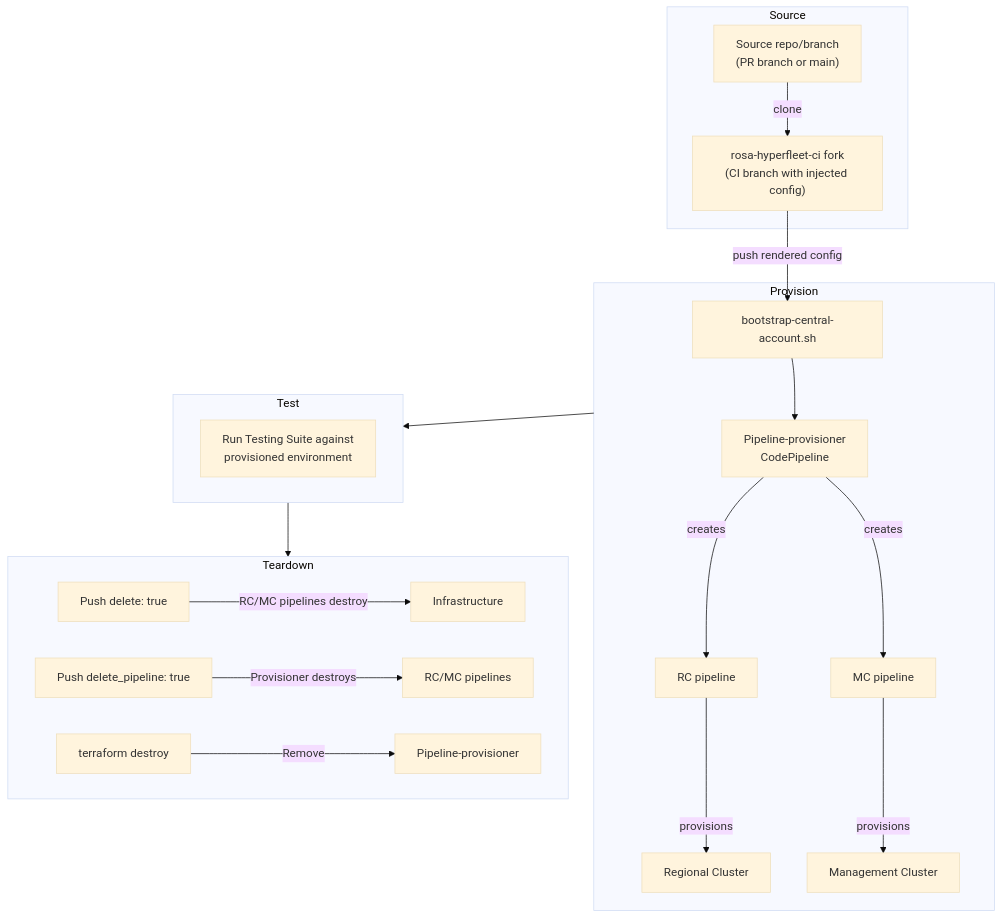
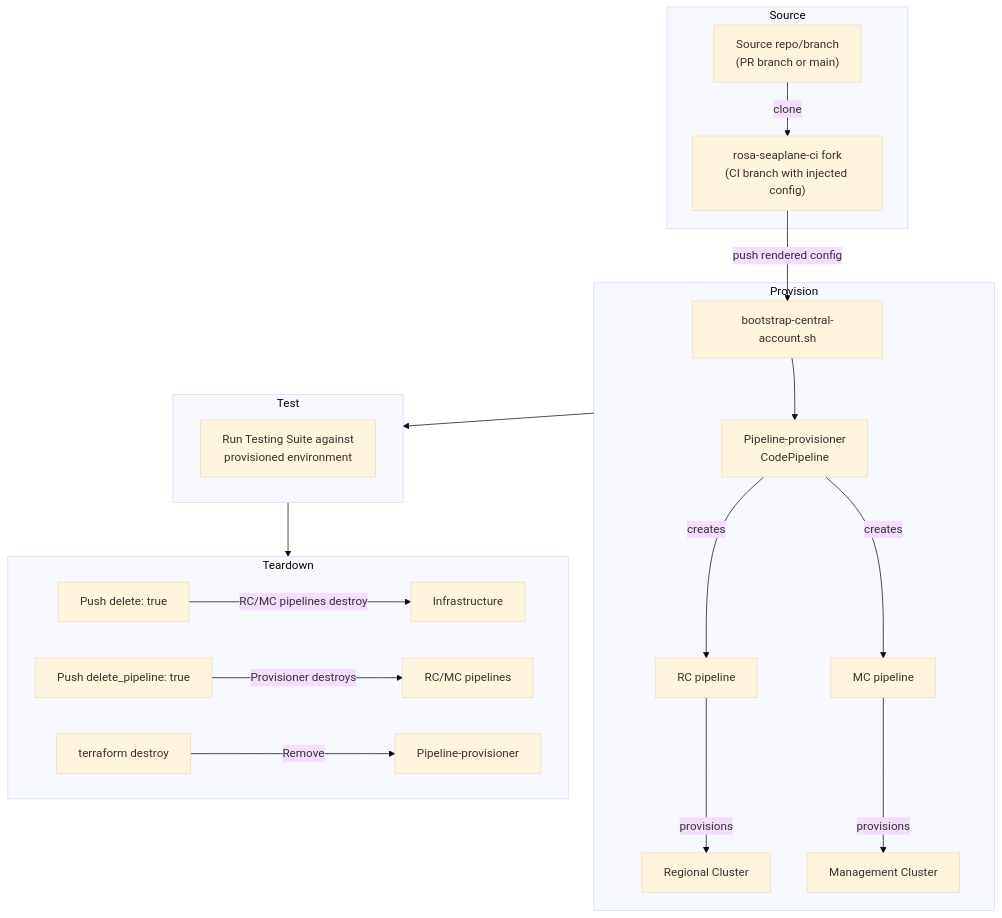
One commit to Alcamech/rosa-hyperfleet changed the fourth of 4 diagrams in docs/design/testing-strategy.md. Above: the diagram before and after it, drawn with Mermaid (base theme). The commit also changed other lines of this file and 148 other files, not shown here.

````diff
--- a/docs/design/testing-strategy.md
+++ b/docs/design/testing-strategy.md
@@ -120,28 +120,28 @@
 ```mermaid
 flowchart TB
     subgraph SOURCE ["Source"]
-        A["Source repo/branch<br/>(PR branch or main)"] -->|clone| B["rosa-hyperfleet-ci fork<br/>(CI branch with injected config)"]
+        A["Source repo/branch<br/>(PR branch or main)"] -->|clone| B["rosa-seaplane-ci fork<br/>(CI branch with injected config)"]
     end
 
     B -->|push rendered config| C
 
     subgraph PROVISION ["Provision"]
         C[bootstrap-central-account.sh] --> D[Pipeline-provisioner\nCodePipeline]
         D -->|creates| E[RC pipeline] -->|provisions| F[Regional Cluster]
         D -->|creates| G[MC pipeline] -->|provisions| H[Management Cluster]
     end
 
     PROVISION --> TEST
 
     subgraph TEST ["Test"]
         I[Run Testing Suite against\nprovisioned environment]
     end
 
     TEST --> TEARDOWN
 
     subgraph TEARDOWN ["Teardown"]
         J["Push delete: true"] -->|RC/MC pipelines destroy| K[Infrastructure]
         L["Push delete_pipeline: true"] -->|Provisioner destroys| M[RC/MC pipelines]
         N[terraform destroy] -->|Remove| O[Pipeline-provisioner]
     end
 ```
````
